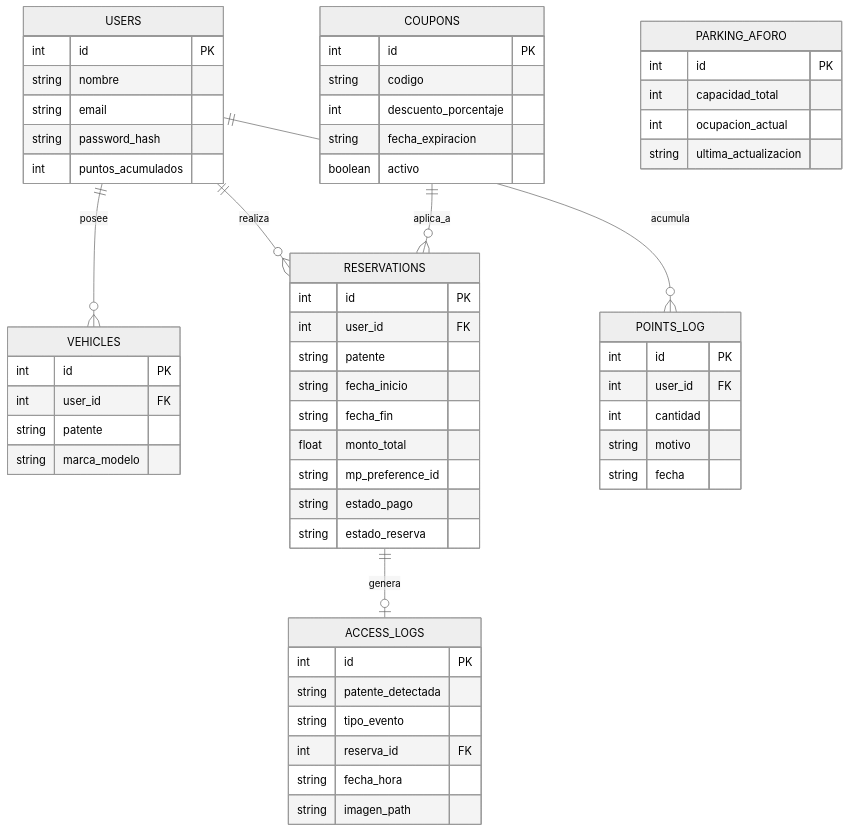
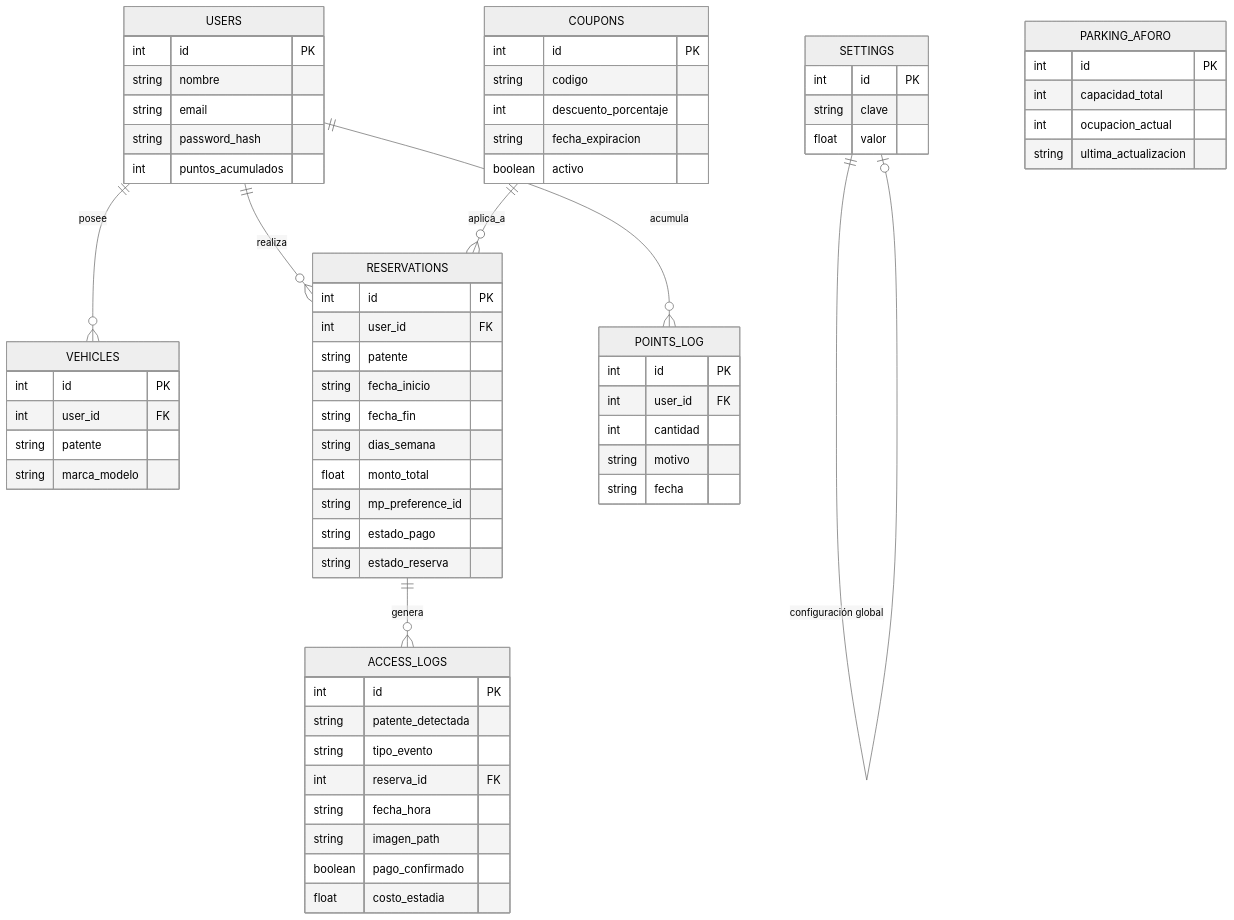
The first of 2 diagrams in Documentacion_Original/Esquema de base de datos.md (MarianoJAC/AUTOPASS), drawn with Mermaid (neutral theme) before and after one commit. The commit also changed other lines of this file, not shown here.

````diff
--- a/Documentacion_Original/Esquema de base de datos.md
+++ b/Documentacion_Original/Esquema de base de datos.md
@@ -7,67 +7,77 @@
 ```mermaid
 erDiagram
     USERS ||--o{ VEHICLES : "posee"
     USERS ||--o{ RESERVATIONS : "realiza"
     USERS ||--o{ POINTS_LOG : "acumula"
-    RESERVATIONS ||--o| ACCESS_LOGS : "genera"
+    RESERVATIONS ||--o{ ACCESS_LOGS : "genera"
     COUPONS ||--o{ RESERVATIONS : "aplica_a"
+    SETTINGS ||--o| SETTINGS : "configuración global"
 
     USERS {
         int id PK
         string nombre
         string email
         string password_hash
         int puntos_acumulados
     }
 
     VEHICLES {
         int id PK
         int user_id FK
         string patente
         string marca_modelo
     }
 
     RESERVATIONS {
         int id PK
         int user_id FK
         string patente
         string fecha_inicio
         string fecha_fin
+        string dias_semana
         float monto_total
         string mp_preference_id
         string estado_pago
         string estado_reserva
     }
 
     PARKING_AFORO {
         int id PK
         int capacidad_total
         int ocupacion_actual
         string ultima_actualizacion
     }
 
     POINTS_LOG {
         int id PK
         int user_id FK
         int cantidad
         string motivo
         string fecha
     }
 
     COUPONS {
         int id PK
         string codigo
         int descuento_porcentaje
         string fecha_expiracion
         boolean activo
     }
 
     ACCESS_LOGS {
         int id PK
         string patente_detectada
         string tipo_evento
         int reserva_id FK
         string fecha_hora
         string imagen_path
+        boolean pago_confirmado
+        float costo_estadia
+    }
+
+    SETTINGS {
+        int id PK
+        string clave
+        float valor
     }
 ```
````
